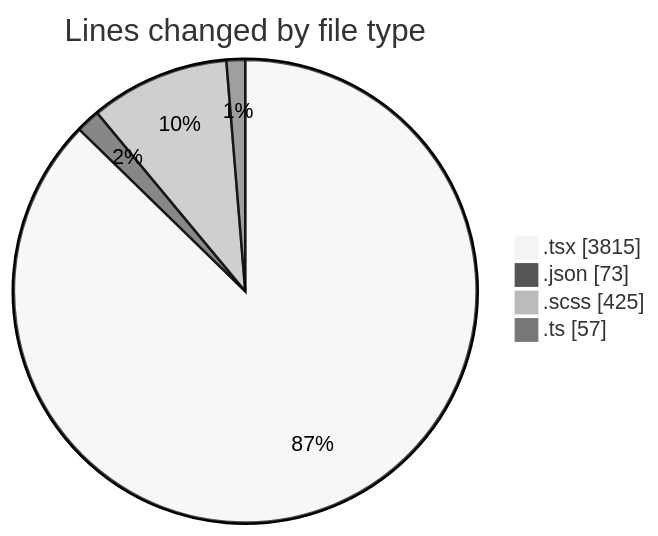
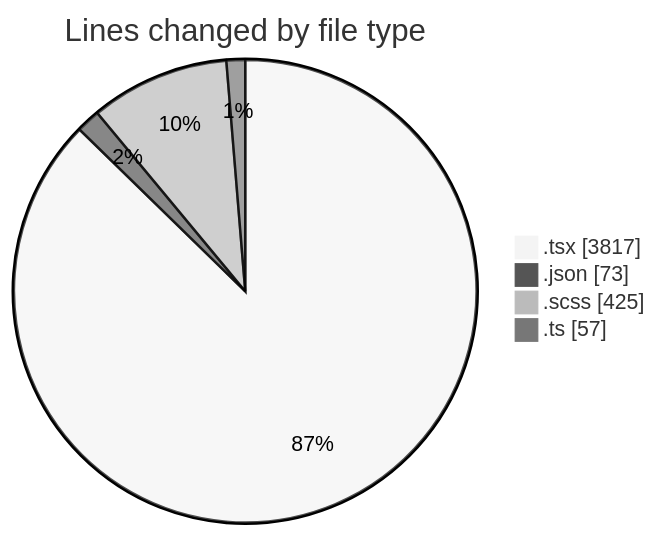
Before and after one commit to momahboobian/code-tracking: the first of 2 diagrams in 2025-10-02/cda/README.md, drawn with Mermaid (neutral theme). The commit also changed other lines of this file and 1 other file, not shown here.

````diff
--- a/2025-10-02/cda/README.md
+++ b/2025-10-02/cda/README.md
@@ -29,8 +29,8 @@
 ```mermaid
 pie showData
 title Lines changed by file type
-".tsx" : 3815
+".tsx" : 3817
 ".json" : 73
 ".scss" : 425
 ".ts" : 57
 ```
````
